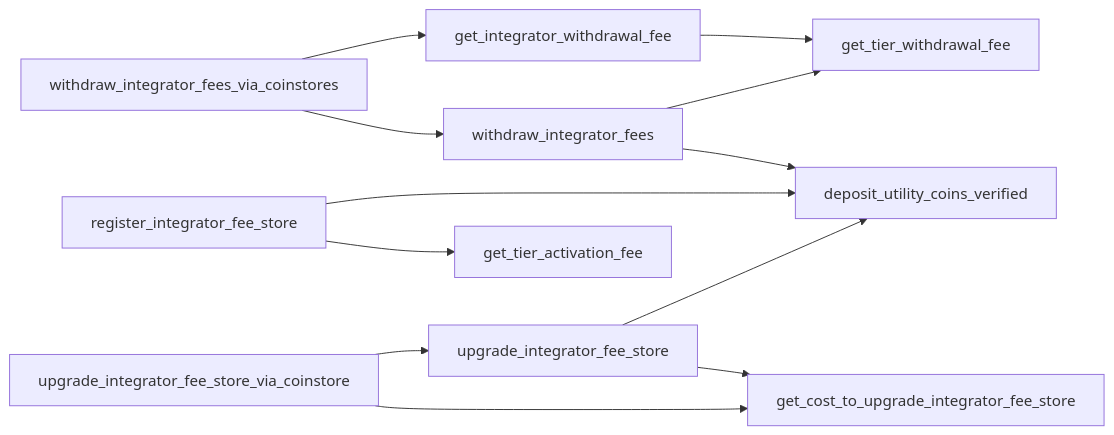
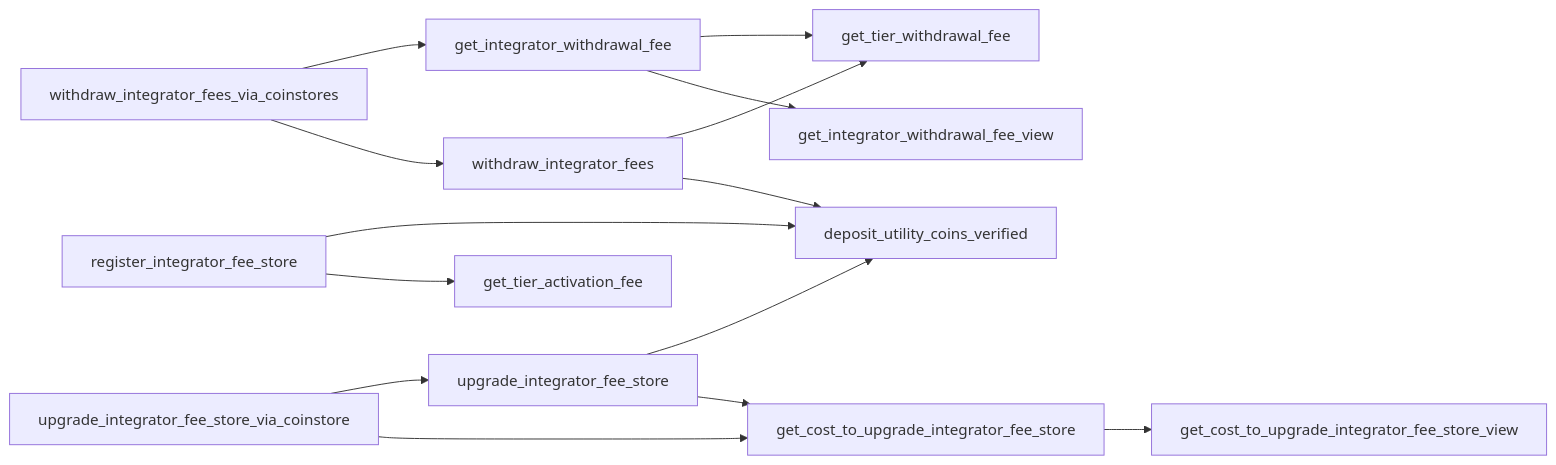
Before and after one commit to econia-labs/econia: the fourth of 5 diagrams in src/move/econia/doc/incentives.md, drawn with Mermaid. The commit also changed other lines of this file and 7 other files, not shown here.

````diff
--- a/src/move/econia/doc/incentives.md
+++ b/src/move/econia/doc/incentives.md
@@ -269,21 +269,24 @@
 ```mermaid
 
 flowchart LR
 
 withdraw_integrator_fees_via_coinstores -->
 get_integrator_withdrawal_fee
 get_integrator_withdrawal_fee --> get_tier_withdrawal_fee
 withdraw_integrator_fees_via_coinstores --> withdraw_integrator_fees
 withdraw_integrator_fees --> get_tier_withdrawal_fee
 withdraw_integrator_fees --> deposit_utility_coins_verified
 register_integrator_fee_store ---> deposit_utility_coins_verified
 register_integrator_fee_store --> get_tier_activation_fee
 upgrade_integrator_fee_store_via_coinstore -->
 upgrade_integrator_fee_store
 upgrade_integrator_fee_store_via_coinstore -->
 get_cost_to_upgrade_integrator_fee_store
 upgrade_integrator_fee_store --> deposit_utility_coins_verified
 upgrade_integrator_fee_store -->
 get_cost_to_upgrade_integrator_fee_store
+get_cost_to_upgrade_integrator_fee_store -->
+get_cost_to_upgrade_integrator_fee_store_view
+get_integrator_withdrawal_fee --> get_integrator_withdrawal_fee_view
 
 ```
````
